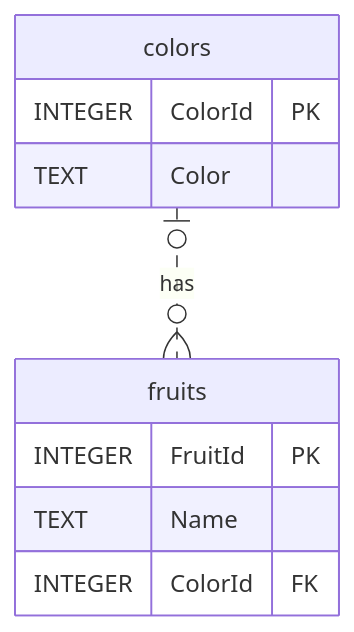
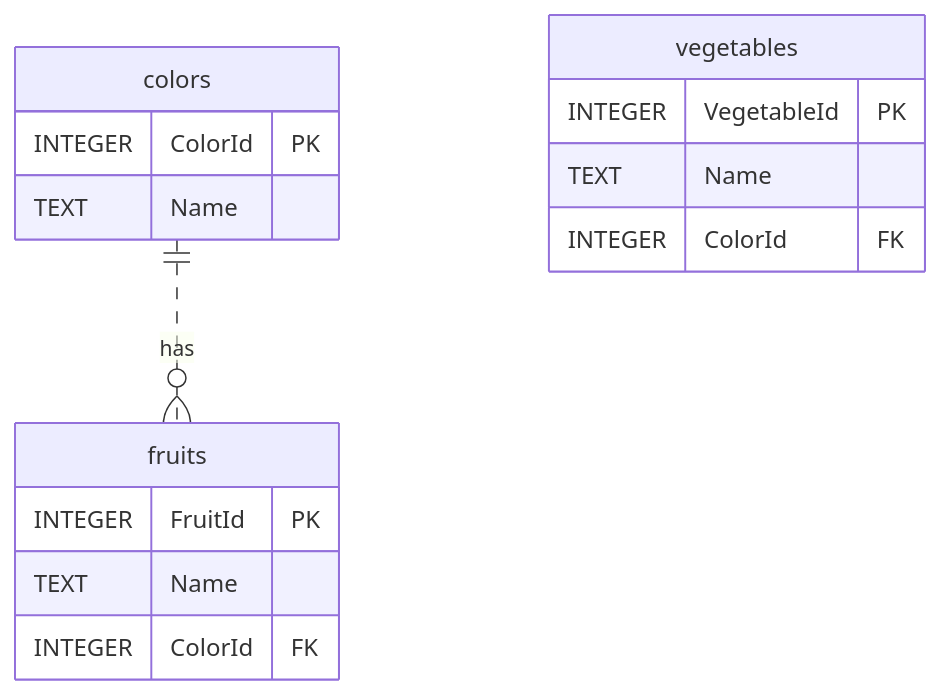
The third of 3 diagrams in fast-api-course-my-work/sqlite_for_beginners/pitanja_i_odgovori/dan_02_intro.md (josip-pavlovic-dev/fast-api-portfolio), drawn with Mermaid before and after one commit. The commit also changed other lines of this file and 5 other files, not shown here.

First line of the commit message:
Update ERD and documentation for SQLite beginner course

````diff
--- a/fast-api-course-my-work/sqlite_for_beginners/pitanja_i_odgovori/dan_02_intro.md
+++ b/fast-api-course-my-work/sqlite_for_beginners/pitanja_i_odgovori/dan_02_intro.md
@@ -999,13 +1005,18 @@
 ```mermaid
 erDiagram
-    colors |o..o{ fruits : has
+    colors ||..o{ fruits : has
     colors {
         INTEGER ColorId PK
-        TEXT Color
+        TEXT Name
     }
     fruits {
         INTEGER FruitId PK
         TEXT Name
         INTEGER ColorId FK
     }
+    vegetables {
+        INTEGER VegetableId PK
+        TEXT Name
+        INTEGER ColorId FK
+    }
 ```
````
